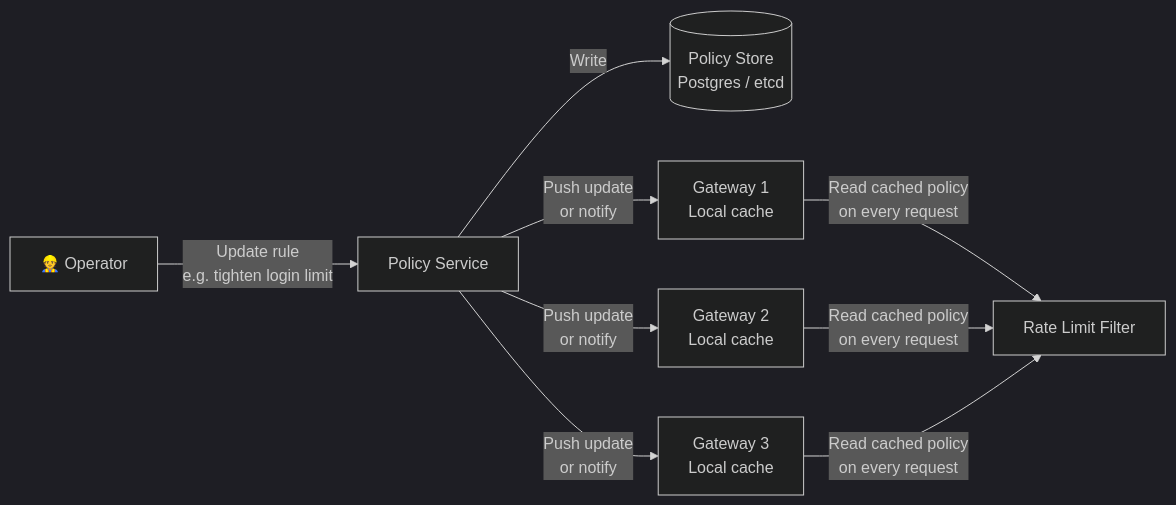
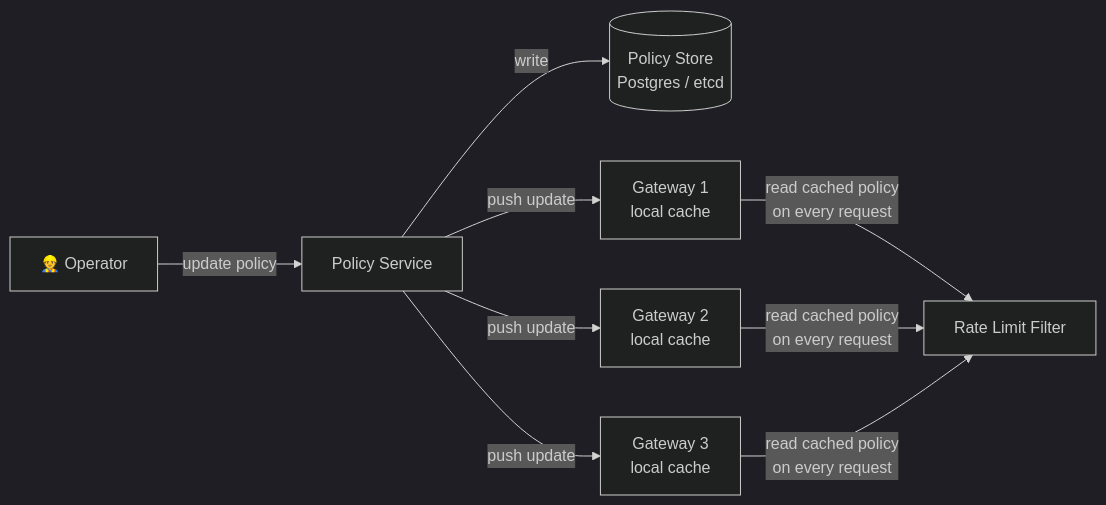
Before and after one commit to gajwala/DSA-Topic-wise: the fifth of 6 diagrams in SYSTEM_DESIGN/Rate Limiter.md, drawn with Mermaid (dark theme). The commit also changed other lines of this file, not shown here.

Commit message:
Update Rate Limiter.md

````diff
--- a/SYSTEM_DESIGN/Rate Limiter.md
+++ b/SYSTEM_DESIGN/Rate Limiter.md
@@ -239,10 +168,9 @@
 ```mermaid
 flowchart LR
-    OPS[👷 Operator] -->|Update rule\ne.g. tighten login limit| PS[Policy Service]
-    PS -->|Write| DB[(Policy Store\nPostgres / etcd)]
-    PS -->|Push update\nor notify| GW1[Gateway 1\nLocal cache]
-    PS -->|Push update\nor notify| GW2[Gateway 2\nLocal cache]
-    PS -->|Push update\nor notify| GW3[Gateway 3\nLocal cache]
-
-    GW1 & GW2 & GW3 -->|Read cached policy\non every request| RL[Rate Limit Filter]
+    OPS[👷 Operator] -->|update policy| PS[Policy Service]
+    PS -->|write| DB[(Policy Store\nPostgres / etcd)]
+    PS -->|push update| GW1[Gateway 1\nlocal cache]
+    PS -->|push update| GW2[Gateway 2\nlocal cache]
+    PS -->|push update| GW3[Gateway 3\nlocal cache]
+    GW1 & GW2 & GW3 -->|read cached policy\non every request| RL[Rate Limit Filter]
 ```
````
